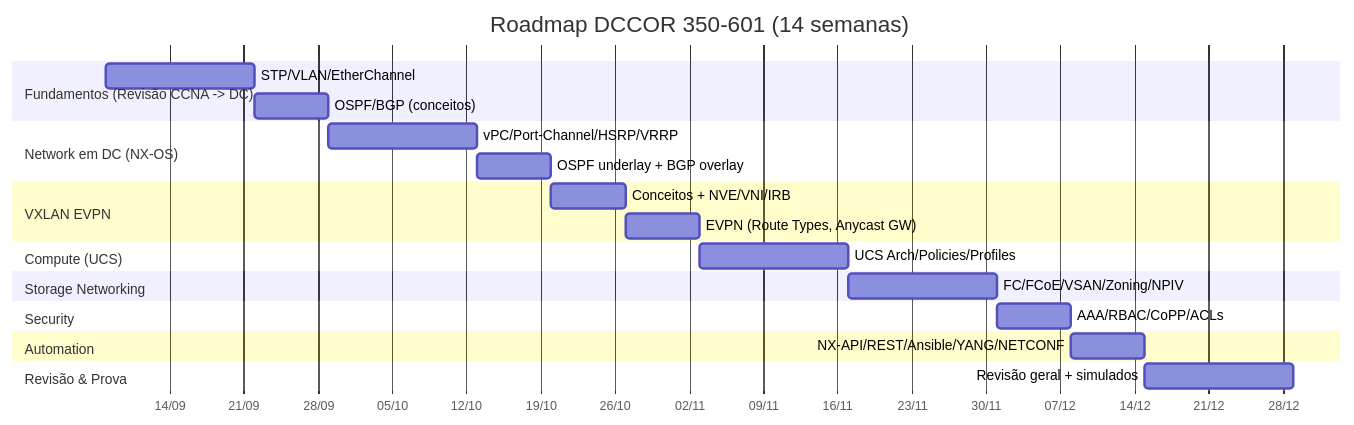
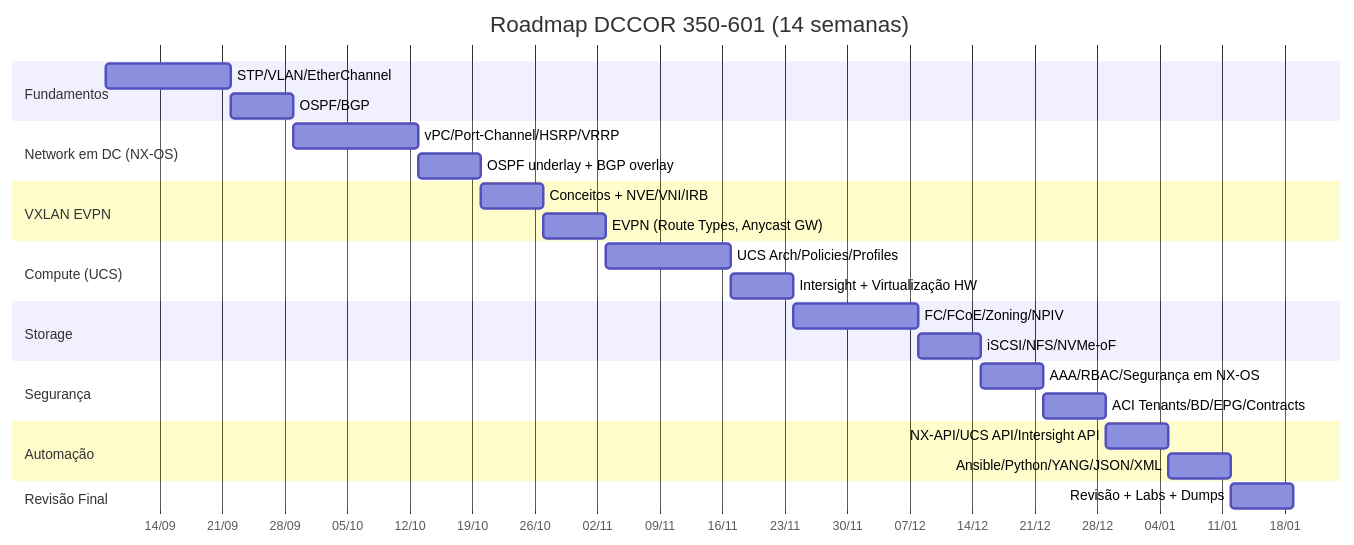
One commit to weslleycsil/cisco-ccnp-350-601 changed the first of 8 diagrams in docs/pt-BR/roadmap.md. Above: the diagram before and after it, drawn with Mermaid. The commit also changed other lines of this file, not shown here.

````diff
--- a/docs/pt-BR/roadmap.md
+++ b/docs/pt-BR/roadmap.md
@@ -8,34 +8,37 @@
 ```mermaid
 gantt
   title Roadmap DCCOR 350-601 (14 semanas)
   dateFormat  YYYY-MM-DD
   axisFormat  %d/%m
 
-  %% Ajuste a data inicial abaixo para o seu início real
-  section Fundamentos (Revisão CCNA -> DC)
-  STP/VLAN/EtherChannel           :a1, 2025-09-08, 14d
-  OSPF/BGP (conceitos)            :a2, after a1, 7d
+  section Fundamentos
+  STP/VLAN/EtherChannel            :a1, 2025-09-08, 2w
+  OSPF/BGP                         :a2, after a1, 1w
 
   section Network em DC (NX-OS)
-  vPC/Port-Channel/HSRP/VRRP      :b1, after a2, 14d
-  OSPF underlay + BGP overlay     :b2, after b1, 7d
+  vPC/Port-Channel/HSRP/VRRP       :b1, after a2, 2w
+  OSPF underlay + BGP overlay      :b2, after b1, 1w
 
   section VXLAN EVPN
-  Conceitos + NVE/VNI/IRB         :c1, after b2, 7d
-  EVPN (Route Types, Anycast GW)  :c2, after c1, 7d
+  Conceitos + NVE/VNI/IRB          :c1, after b2, 1w
+  EVPN (Route Types, Anycast GW)   :c2, after c1, 1w
 
   section Compute (UCS)
-  UCS Arch/Policies/Profiles      :d1, after c2, 14d
+  UCS Arch/Policies/Profiles       :d1, after c2, 2w
+  Intersight + Virtualização HW    :d2, after d1, 1w
 
-  section Storage Networking
-  FC/FCoE/VSAN/Zoning/NPIV        :e1, after d1, 14d
+  section Storage
+  FC/FCoE/Zoning/NPIV              :e1, after d2, 2w
+  iSCSI/NFS/NVMe-oF                :e2, after e1, 1w
 
-  section Security
-  AAA/RBAC/CoPP/ACLs              :f1, after e1, 7d
+  section Segurança
+  AAA/RBAC/Segurança em NX-OS      :f1, after e2, 1w
+  ACI Tenants/BD/EPG/Contracts     :f2, after f1, 1w
 
-  section Automation
-  NX-API/REST/Ansible/YANG/NETCONF:g1, after f1, 7d
+  section Automação
+  NX-API/UCS API/Intersight API    :g1, after f2, 1w
+  Ansible/Python/YANG/JSON/XML     :g2, after g1, 1w
 
-  section Revisão & Prova
-  Revisão geral + simulados       :h1, after g1, 14d
+  section Revisão Final
+  Revisão + Labs + Dumps           :h1, after g2, 1w
 ```
````
